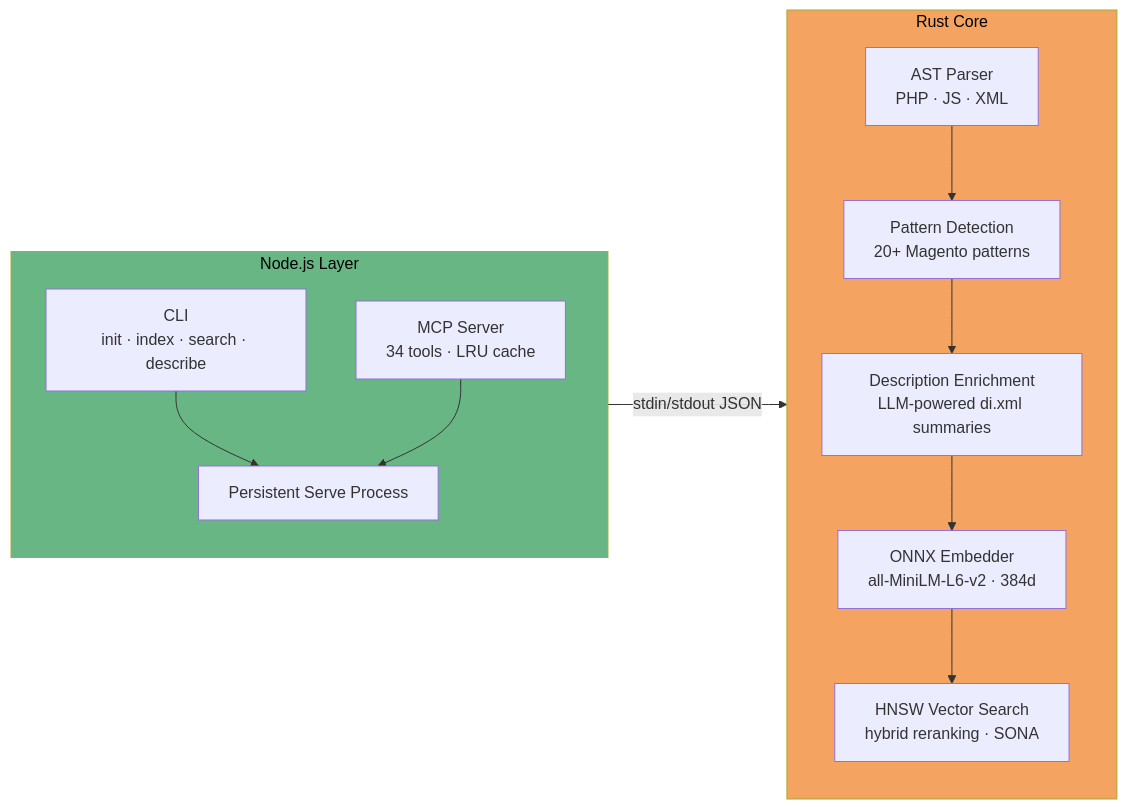
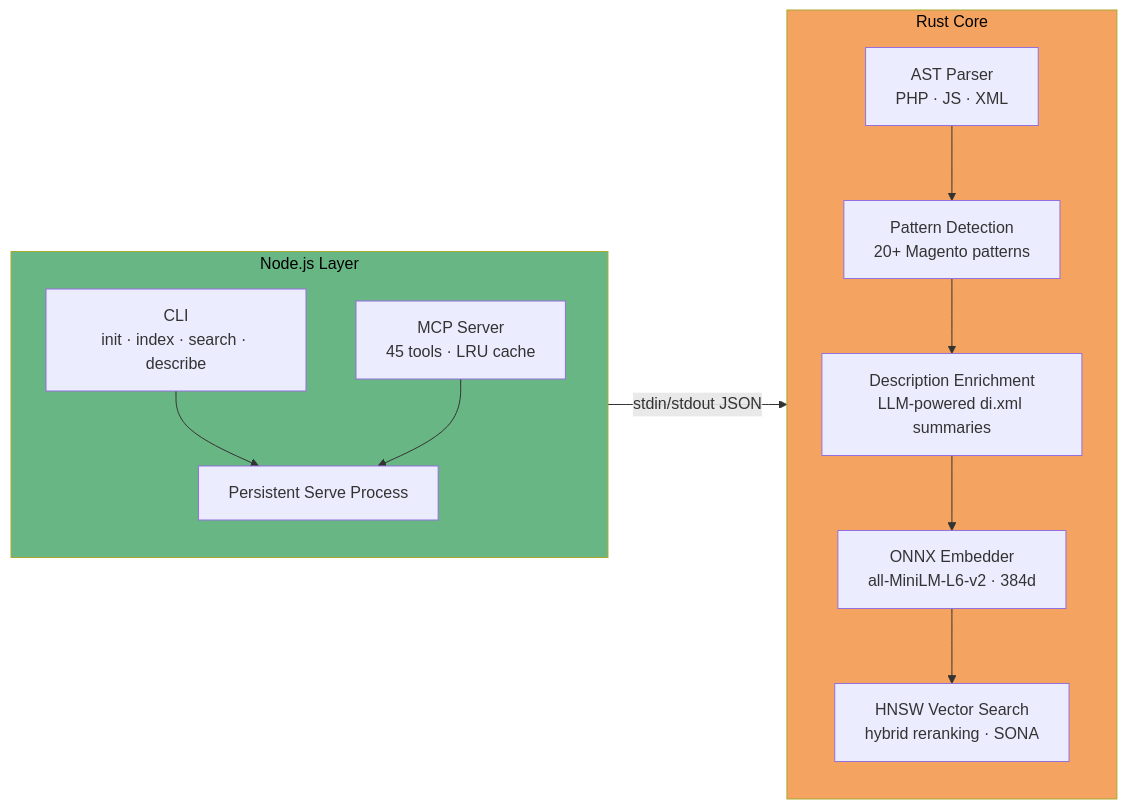
One commit to krejcif/magector changed the first of 11 diagrams in README.md. Above: the diagram before and after it, drawn with Mermaid. The commit also changed other lines of this file, not shown here.

First line of the commit message:
docs: update README for v2.9–v2.13 tools and SQLite architecture

````diff
--- a/README.md
+++ b/README.md
@@ -68,26 +68,26 @@
 ```mermaid
 flowchart LR
   subgraph node ["Node.js Layer"]
     direction TB
     G["CLI<br/>init · index · search · describe"]
-    E["MCP Server<br/>34 tools · LRU cache"]
+    E["MCP Server<br/>45 tools · LRU cache"]
     F["Persistent Serve Process"]
     G --> F
     E --> F
   end
 
   F -->|"stdin/stdout JSON"| rust
 
   subgraph rust ["Rust Core"]
     direction TB
     A["AST Parser<br/>PHP · JS · XML"]
     B["Pattern Detection<br/>20+ Magento patterns"]
     B2["Description Enrichment<br/>LLM-powered di.xml summaries"]
     C["ONNX Embedder<br/>all-MiniLM-L6-v2 · 384d"]
     D["HNSW Vector Search<br/>hybrid reranking · SONA"]
     A --> B --> B2 --> C --> D
   end
 
   style rust fill:#f4a460,color:#000
   style node fill:#68b684,color:#000
 ```
````
